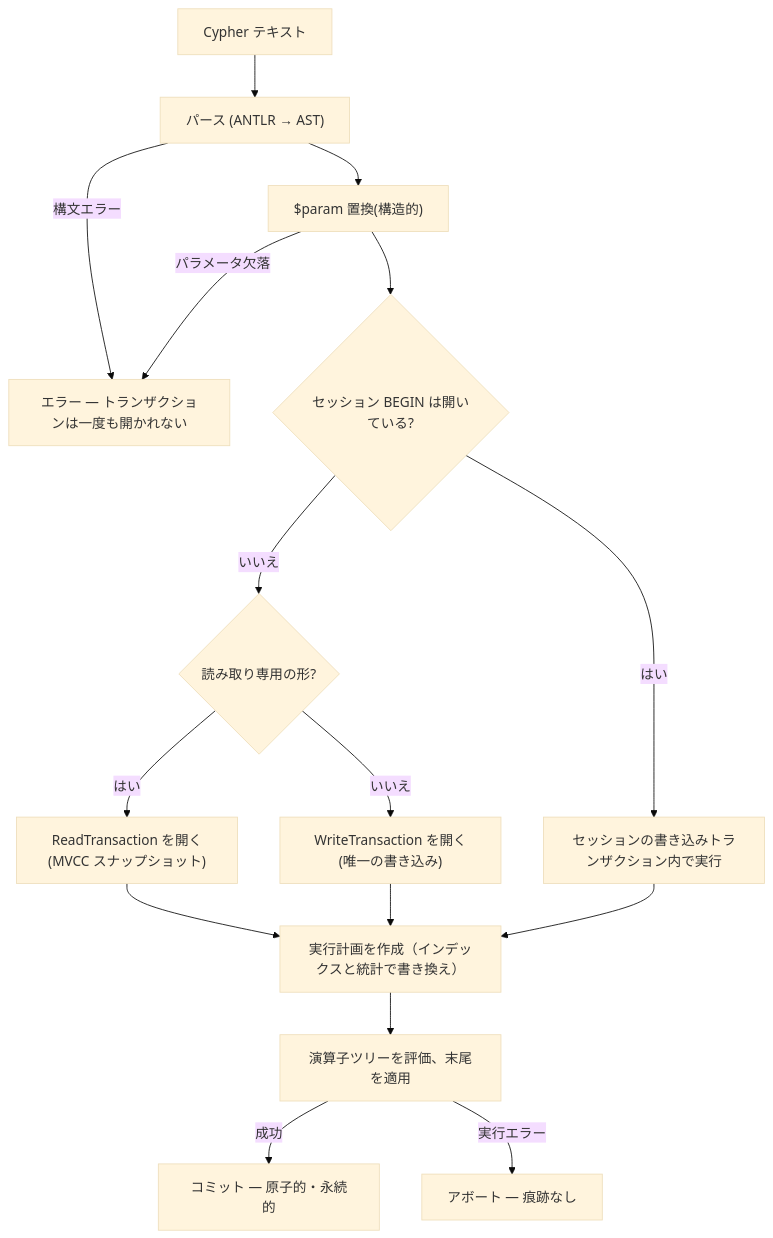
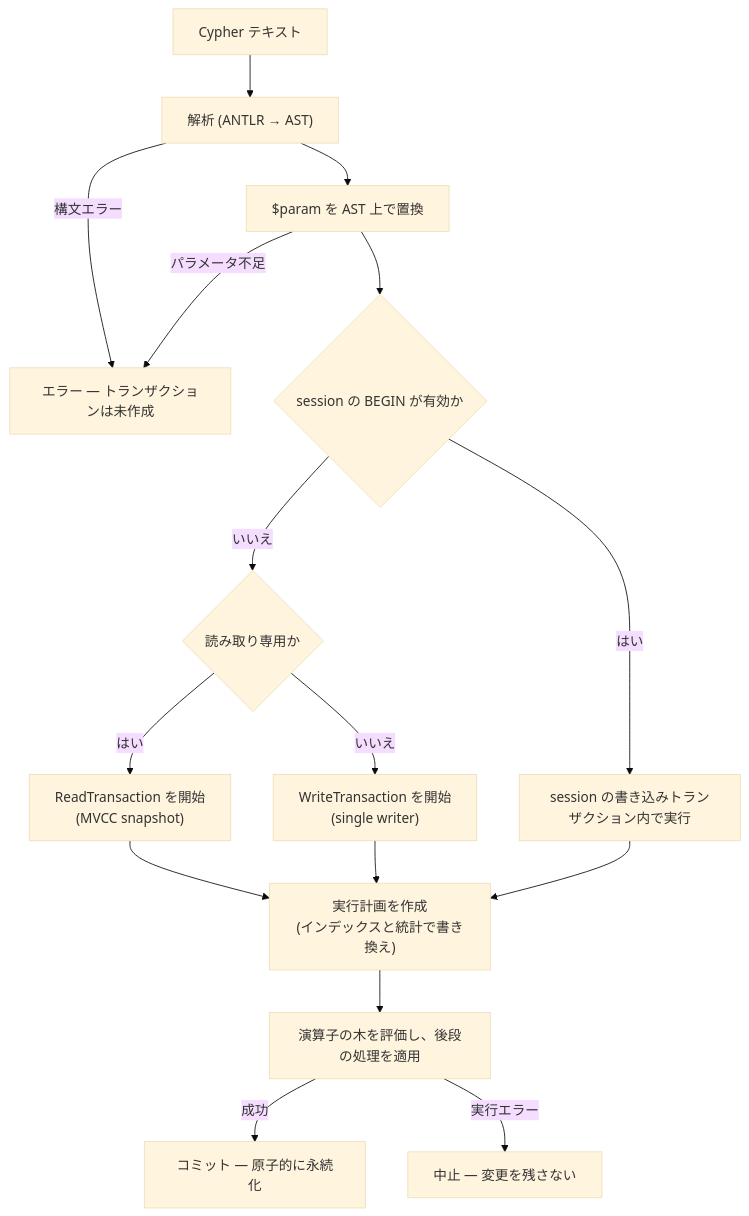
Before and after one commit to knoguchi/marsdb: the second of 2 diagrams in book/src/internals/ja/design-overview.md, drawn with Mermaid (base theme). The commit also changed other lines of this file and 7 other files, not shown here.

````diff
--- a/book/src/internals/ja/design-overview.md
+++ b/book/src/internals/ja/design-overview.md
@@ -132,18 +109,18 @@
 ```mermaid
 flowchart TD
-    A["Cypher テキスト"] --> B["パース (ANTLR → AST)"]
-    B -->|構文エラー| X1["エラー — トランザクションは一度も開かれない"]
-    B --> C["$param 置換(構造的)"]
-    C -->|パラメータ欠落| X1
-    C --> D{"セッション BEGIN は開いている?"}
-    D -->|はい| E["セッションの書き込みトランザクション内で実行"]
-    D -->|いいえ| F{"読み取り専用の形?"}
-    F -->|はい| G["ReadTransaction を開く(MVCC スナップショット)"]
-    F -->|いいえ| H["WriteTransaction を開く(唯一の書き込み)"]
-    G --> I["実行計画を作成（インデックスと統計で書き換え）"]
+    A["Cypher テキスト"] --> B["解析 (ANTLR → AST)"]
+    B -->|構文エラー| X1["エラー — トランザクションは未作成"]
+    B --> C["$param を AST 上で置換"]
+    C -->|パラメータ不足| X1
+    C --> D{"session の BEGIN が有効か"}
+    D -->|はい| E["session の書き込みトランザクション内で実行"]
+    D -->|いいえ| F{"読み取り専用か"}
+    F -->|はい| G["ReadTransaction を開始\n(MVCC snapshot)"]
+    F -->|いいえ| H["WriteTransaction を開始\n(single writer)"]
+    G --> I["実行計画を作成\n(インデックスと統計で書き換え)"]
     H --> I
     E --> I
-    I --> J["演算子ツリーを評価、末尾を適用"]
-    J -->|成功| K["コミット — 原子的・永続的"]
-    J -->|実行エラー| L["アボート — 痕跡なし"]
+    I --> J["演算子の木を評価し、後段の処理を適用"]
+    J -->|成功| K["コミット — 原子的に永続化"]
+    J -->|実行エラー| L["中止 — 変更を残さない"]
 ```
````
